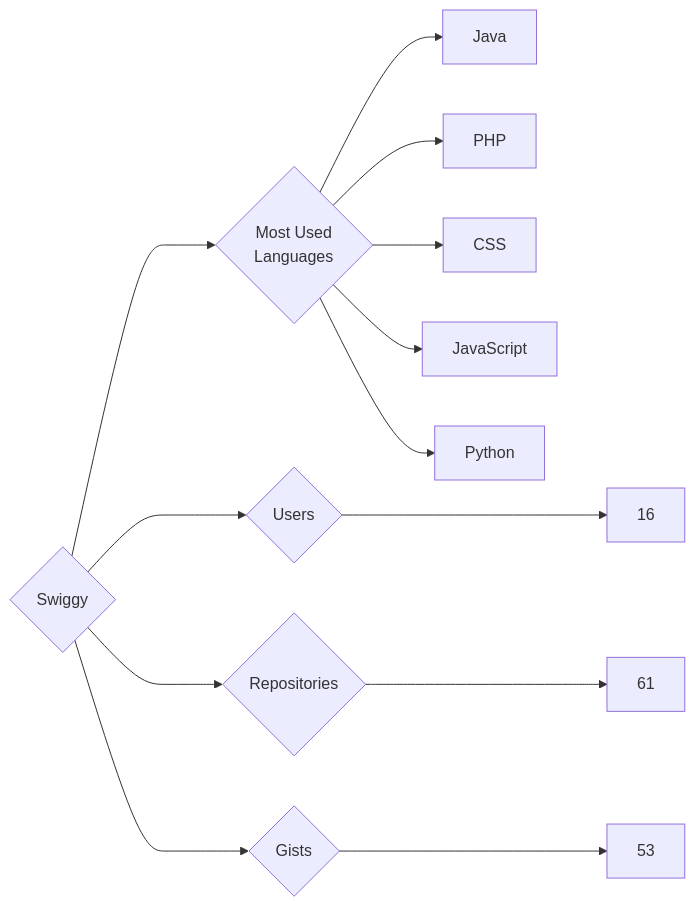
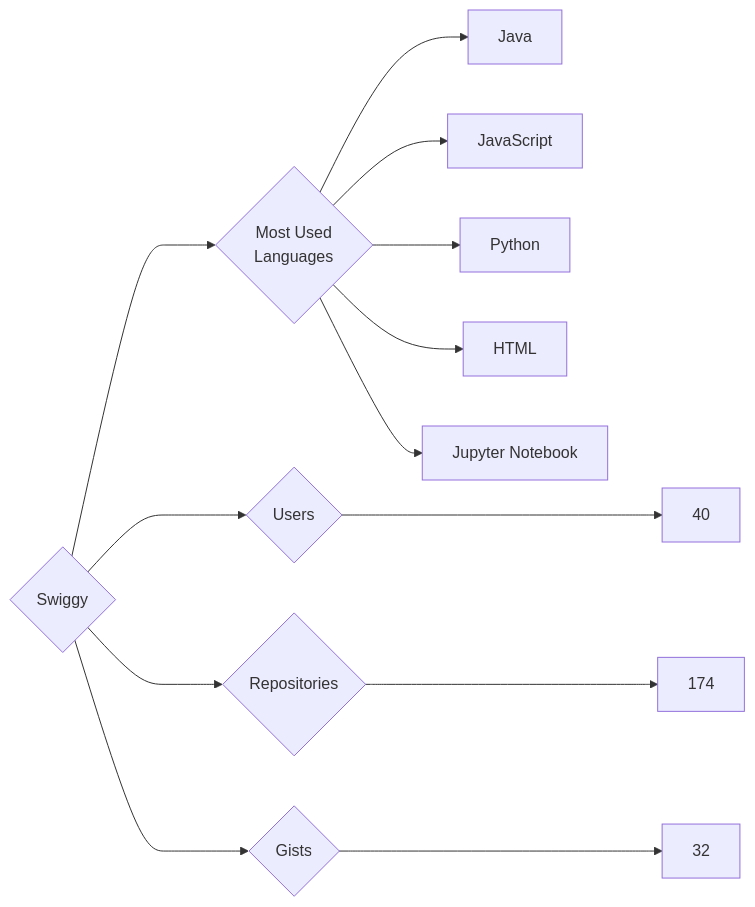
Before and after one commit to trickest/insiders: the diagram in targets/Swiggy/README.md, drawn with Mermaid. The commit also changed 835 other files, not shown here.

````diff
--- a/targets/Swiggy/README.md
+++ b/targets/Swiggy/README.md
@@ -3,13 +3,13 @@
 ```mermaid
 graph LR
 COMPANY_NAME{Swiggy}
-COMPANY_NAME ---> U{Users} ---> UN[16]
-COMPANY_NAME ---> R{Repositories} ---> RN[61]
-COMPANY_NAME ---> G{Gists} ---> GN[53]
+COMPANY_NAME ---> U{Users} ---> UN[40]
+COMPANY_NAME ---> R{Repositories} ---> RN[174]
+COMPANY_NAME ---> G{Gists} ---> GN[32]
 COMPANY_NAME ---> ML{Most Used<br>Languages}
 ML --> Java[Java]
-ML --> PHP[PHP]
-ML --> CSS[CSS]
 ML --> JavaScript[JavaScript]
 ML --> Python[Python]
+ML --> HTML[HTML]
+ML --> Jupyter_Notebook[Jupyter Notebook]
 ```
````
